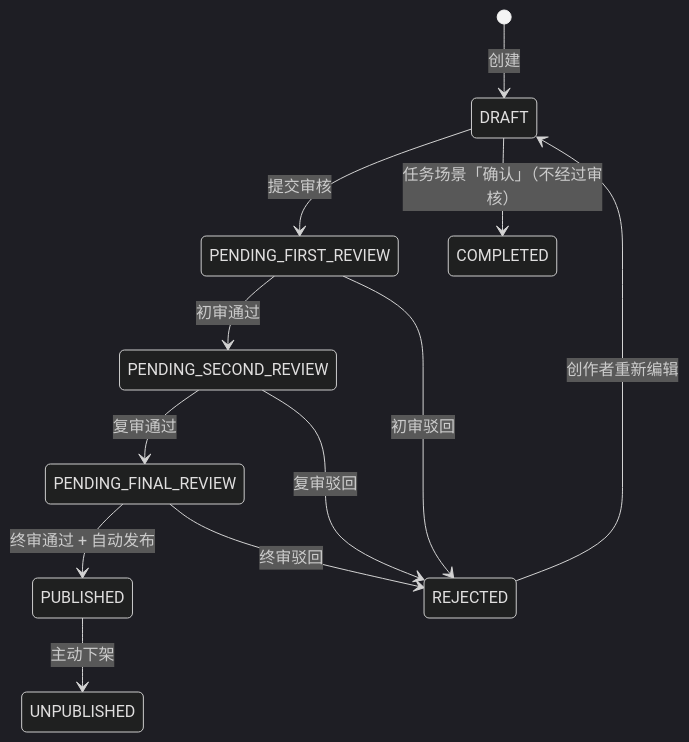
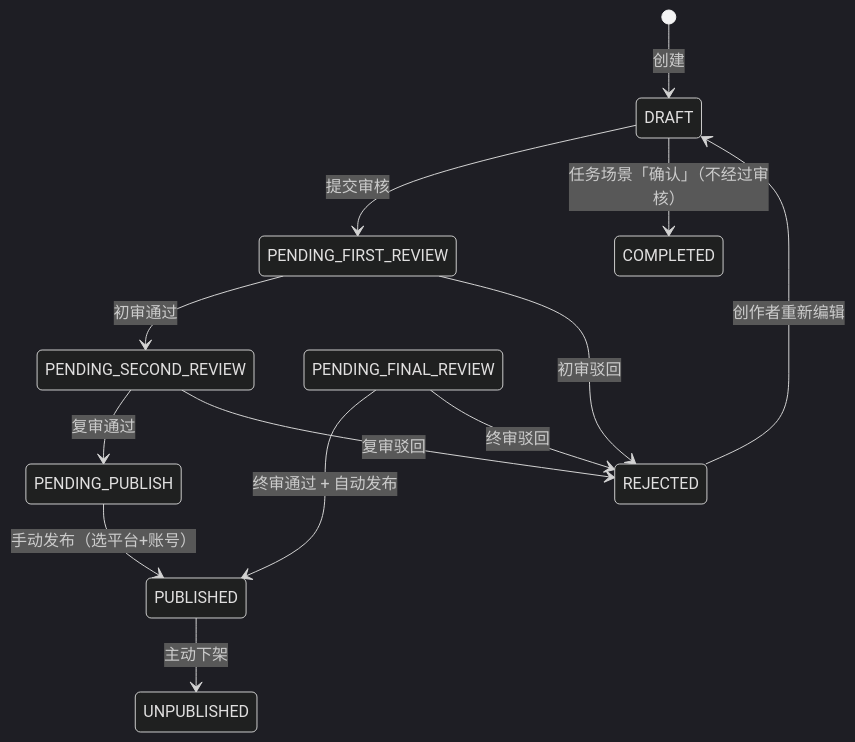
Before and after one commit to donnyskyWu/wd-ops: the third of 8 diagrams in docs/engineering/STATE-M2-内容生产.md, drawn with Mermaid (dark theme). The commit also changed other lines of this file and 284 other files, not shown here.

````diff
--- a/docs/engineering/STATE-M2-内容生产.md
+++ b/docs/engineering/STATE-M2-内容生产.md
@@ -103,14 +104,15 @@
 ```mermaid
 stateDiagram-v2
     [*] --> DRAFT: 创建
     DRAFT --> PENDING_FIRST_REVIEW: 提交审核
     PENDING_FIRST_REVIEW --> PENDING_SECOND_REVIEW: 初审通过
     PENDING_FIRST_REVIEW --> REJECTED: 初审驳回
-    PENDING_SECOND_REVIEW --> PENDING_FINAL_REVIEW: 复审通过
+    PENDING_SECOND_REVIEW --> PENDING_PUBLISH: 复审通过
     PENDING_SECOND_REVIEW --> REJECTED: 复审驳回
+    PENDING_PUBLISH --> PUBLISHED: 手动发布（选平台+账号）
     PENDING_FINAL_REVIEW --> PUBLISHED: 终审通过 + 自动发布
     PENDING_FINAL_REVIEW --> REJECTED: 终审驳回
     PUBLISHED --> UNPUBLISHED: 主动下架
     REJECTED --> DRAFT: 创作者重新编辑
     DRAFT --> COMPLETED: 任务场景「确认」（不经过审核）
 ```
````
